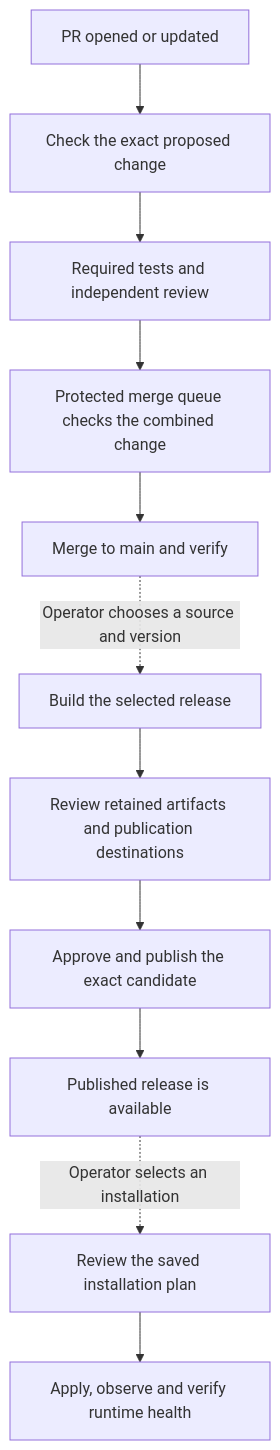
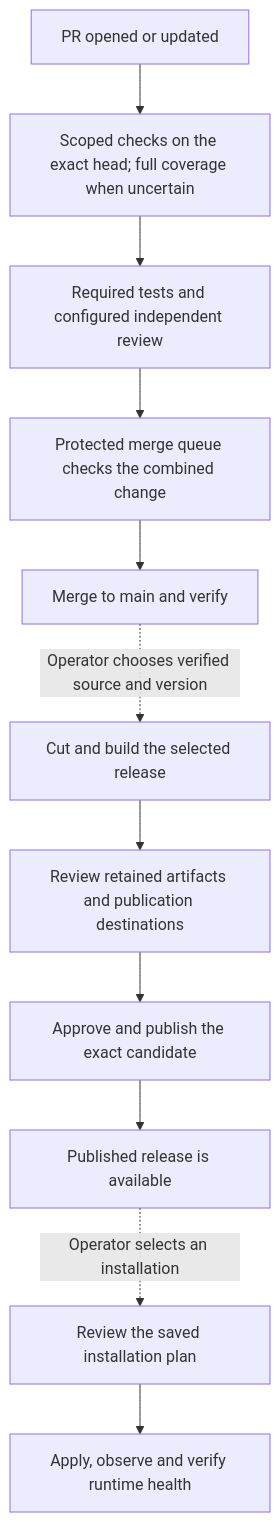
The first of 3 diagrams in docs/public/operate/pipelines.md (znasllc-io/memql), drawn with Mermaid before and after one commit. The commit also changed other lines of this file and 2 other files, not shown here.

Commit message:
docs: clarify delivery approvals and release recovery boundaries

````diff
--- a/docs/public/operate/pipelines.md
+++ b/docs/public/operate/pipelines.md
@@ -65,13 +65,13 @@
 ```mermaid
 flowchart TD
-    CHANGE["PR opened or updated"] --> CHECK["Check the exact proposed change"]
-    CHECK --> REVIEW["Required tests and independent review"]
+    CHANGE["PR opened or updated"] --> CHECK["Scoped checks on the exact head; full coverage when uncertain"]
+    CHECK --> REVIEW["Required tests and configured independent review"]
     REVIEW --> QUEUE["Protected merge queue checks the combined change"]
     QUEUE --> MAIN["Merge to main and verify"]
-    MAIN -. "Operator chooses a source and version" .-> BUILD["Build the selected release"]
+    MAIN -. "Operator chooses verified source and version" .-> BUILD["Cut and build the selected release"]
     BUILD --> CANDIDATE["Review retained artifacts and publication destinations"]
     CANDIDATE --> PUBLISH["Approve and publish the exact candidate"]
     PUBLISH --> CATALOG["Published release is available"]
     CATALOG -. "Operator selects an installation" .-> PLAN["Review the saved installation plan"]
     PLAN --> APPLY["Apply, observe and verify runtime health"]
 ```
````
